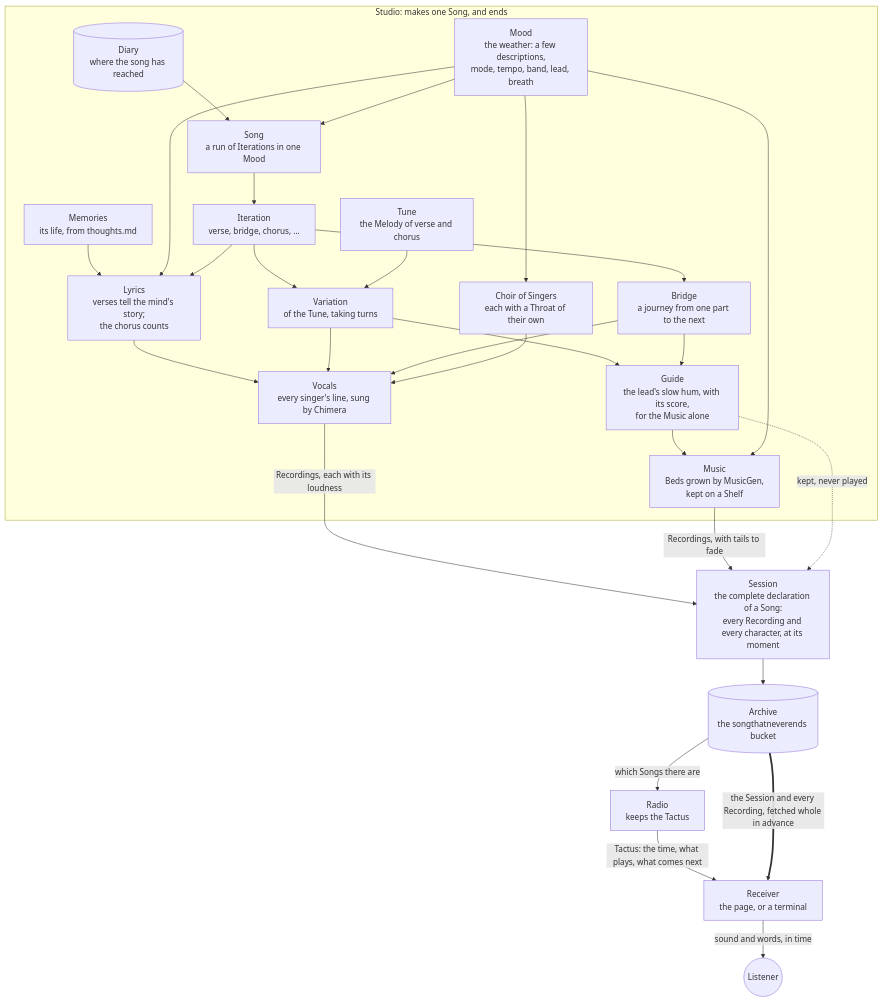
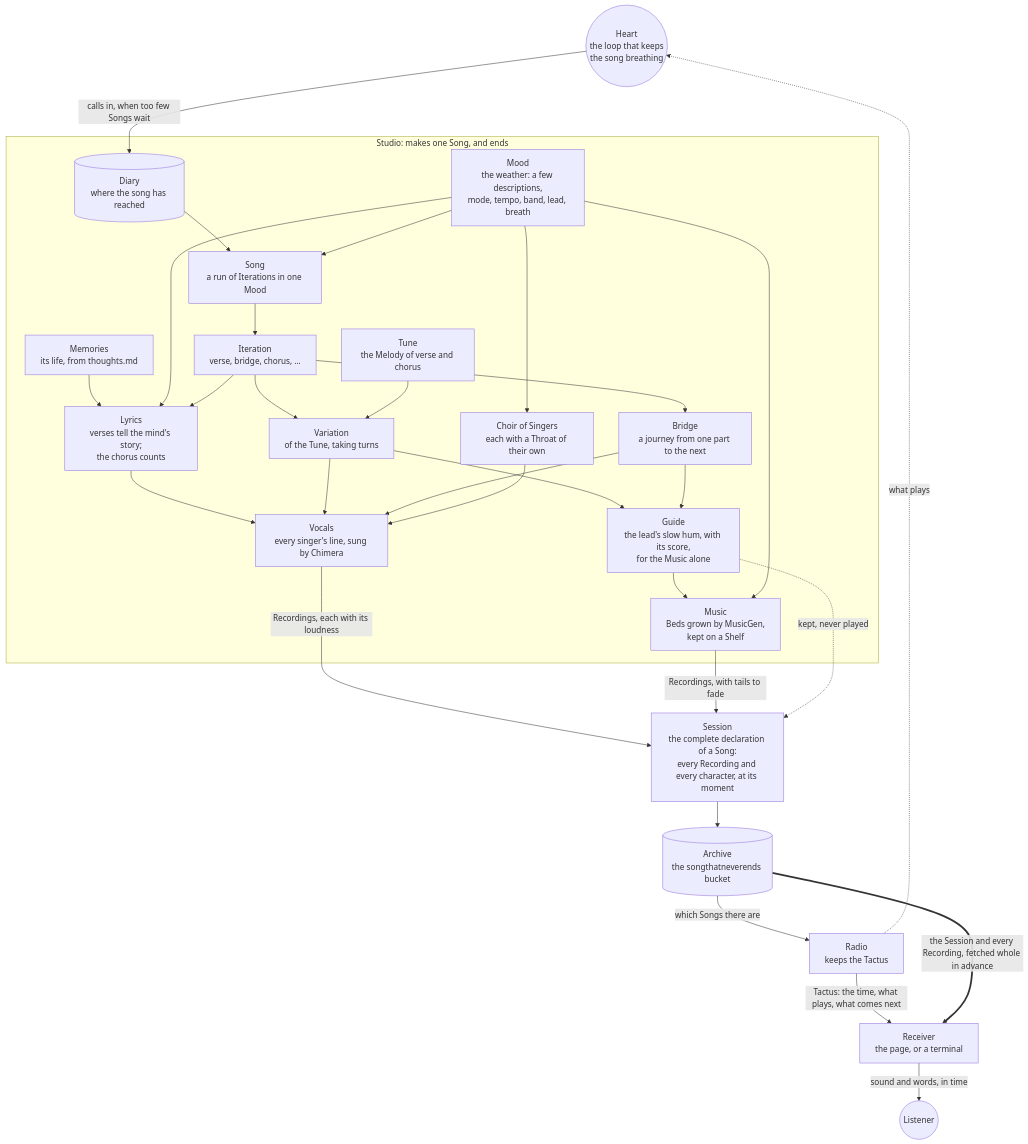
Before and after one commit to unkhz/ikuradio: the diagram in README.md, drawn with Mermaid. The commit also changed other lines of this file and 1 other file, not shown here.

Commit message:
Write down the Heart

````diff
--- a/README.md
+++ b/README.md
@@ -21,49 +21,53 @@
 ```mermaid
 flowchart TD
+  Heart(("Heart<br/>the loop that keeps<br/>the song breathing"))
+  Heart -- "calls in, when too few Songs wait" --> Diary
+  Radio -. "what plays" .-> Heart
+
   subgraph Studio["Studio: makes one Song, and ends"]
     Diary[("Diary<br/>where the song has reached")]
     Memories["Memories<br/>its life, from thoughts.md"]
     Mood["Mood<br/>the weather: a few descriptions,<br/>mode, tempo, band, lead, breath"]
     Song["Song<br/>a run of Iterations in one Mood"]
     Iteration["Iteration<br/>verse, bridge, chorus, …"]
     Variation["Variation<br/>of the Tune, taking turns"]
     Tune["Tune<br/>the Melody of verse and chorus"]
     Lyrics["Lyrics<br/>verses tell the mind's story;<br/>the chorus counts"]
     Bridge["Bridge<br/>a journey from one part to the next"]
     Choir["Choir of Singers<br/>each with a Throat of their own"]
     Vocals["Vocals<br/>every singer's line, sung by Chimera"]
     Guide["Guide<br/>the lead's slow hum, with its score,<br/>for the Music alone"]
     Music["Music<br/>Beds grown by MusicGen,<br/>kept on a Shelf"]
 
     Diary --> Song
     Mood --> Song
     Song --> Iteration
     Iteration --> Variation
     Tune --> Variation
     Memories --> Lyrics
     Mood --> Lyrics
     Iteration --> Lyrics
     Iteration --> Bridge
     Mood --> Choir
     Lyrics --> Vocals
     Variation --> Vocals
     Bridge --> Vocals
     Choir --> Vocals
     Variation --> Guide
     Bridge --> Guide
     Guide --> Music
     Mood --> Music
   end
 
   Vocals -- "Recordings, each with its loudness" --> Session
   Music -- "Recordings, with tails to fade" --> Session
   Guide -. "kept, never played" .-> Session
 
   Session["Session<br/>the complete declaration of a Song:<br/>every Recording and every character, at its moment"]
   Session --> Archive[("Archive<br/>the songthatneverends bucket")]
 
   Archive -- "which Songs there are" --> Radio["Radio<br/>keeps the Tactus"]
   Radio -- "Tactus: the time, what plays, what comes next" --> Receiver
   Archive == "the Session and every Recording, fetched whole in advance" ==> Receiver
   Receiver["Receiver<br/>the page, or a terminal"] -- "sound and words, in time" --> Listener(("Listener"))
 ```
````
